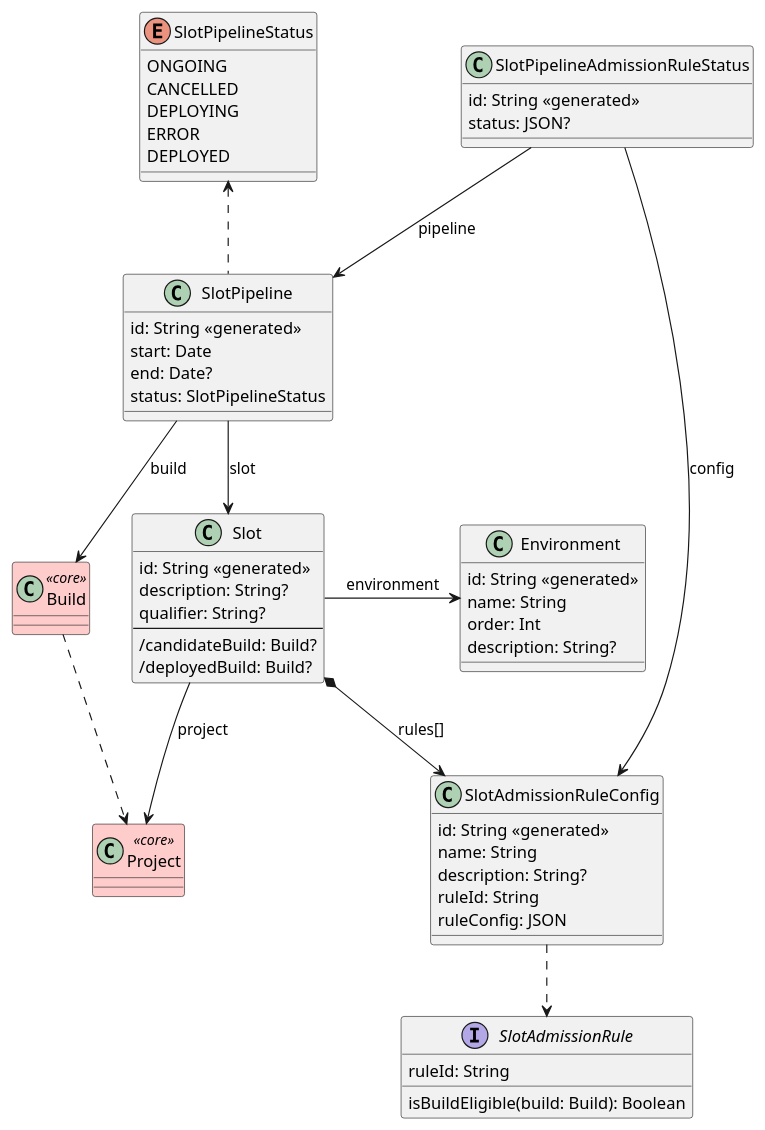
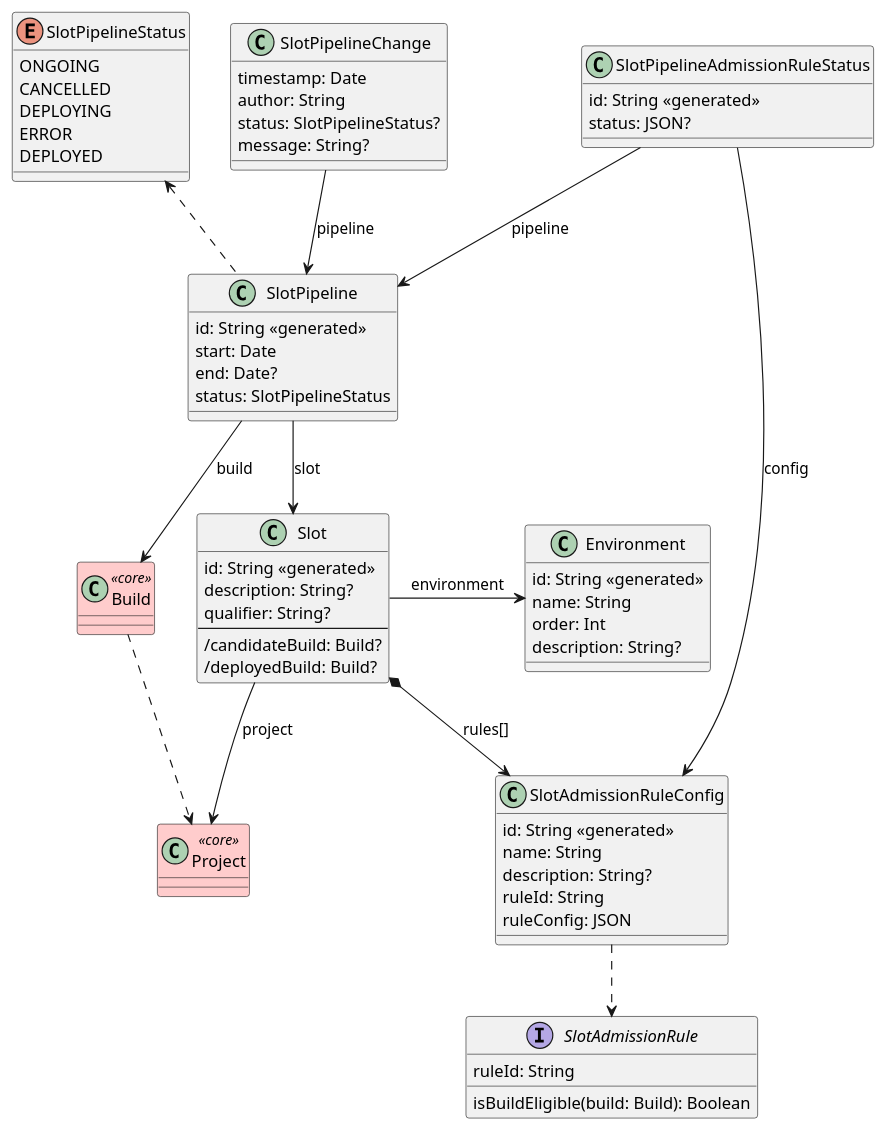
The diagram in ontrack-extension-environments/docs/model.puml (nemerosa/ontrack), drawn with PlantUML before and after one commit. The commit also changed 10 other files, not shown here.

Commit message:
#1235 Slot pipeline changes

```diff
--- a/ontrack-extension-environments/docs/model.puml
+++ b/ontrack-extension-environments/docs/model.puml
@@ -1,71 +1,80 @@
 @startuml
 
 class Environment {
     id: String <<generated>>
     name: String
     order: Int
     description: String?
 }
 
 class Slot {
     id: String <<generated>>
     description: String?
     qualifier: String?
     ---
     /candidateBuild: Build?
     /deployedBuild: Build?
 }
 
 class Project <<core>> #FCC
 class Build <<core>> #FCC
 
 Slot -> Environment: environment
 Slot -down-> Project: project
 
 Project <.up. Build
 
 class SlotAdmissionRuleConfig {
     id: String <<generated>>
     name: String
     description: String?
     ruleId: String
     ruleConfig: JSON
 }
 
 interface SlotAdmissionRule {
     ruleId: String
     isBuildEligible(build: Build): Boolean
 }
 
 class SlotPipeline {
     id: String <<generated>>
     start: Date
     end: Date?
     status: SlotPipelineStatus
 }
 
 enum SlotPipelineStatus {
     ONGOING
     CANCELLED
     DEPLOYING
     ERROR
     DEPLOYED
 }
 
 SlotPipeline --> Build: build
 SlotPipeline --> Slot: slot
 SlotPipeline .up.> SlotPipelineStatus
 
+class SlotPipelineChange {
+    timestamp: Date
+    author: String
+    status: SlotPipelineStatus?
+    message: String?
+}
+
+SlotPipelineChange --> SlotPipeline: pipeline
+
 class SlotPipelineAdmissionRuleStatus {
     id: String <<generated>>
     status: JSON?
 }
 
 SlotPipelineAdmissionRuleStatus --> SlotPipeline: pipeline
 SlotPipelineAdmissionRuleStatus --> SlotAdmissionRuleConfig: config
 
 Slot *--> SlotAdmissionRuleConfig: rules[]
 
 SlotAdmissionRuleConfig ..> SlotAdmissionRule
 
 @enduml
```
